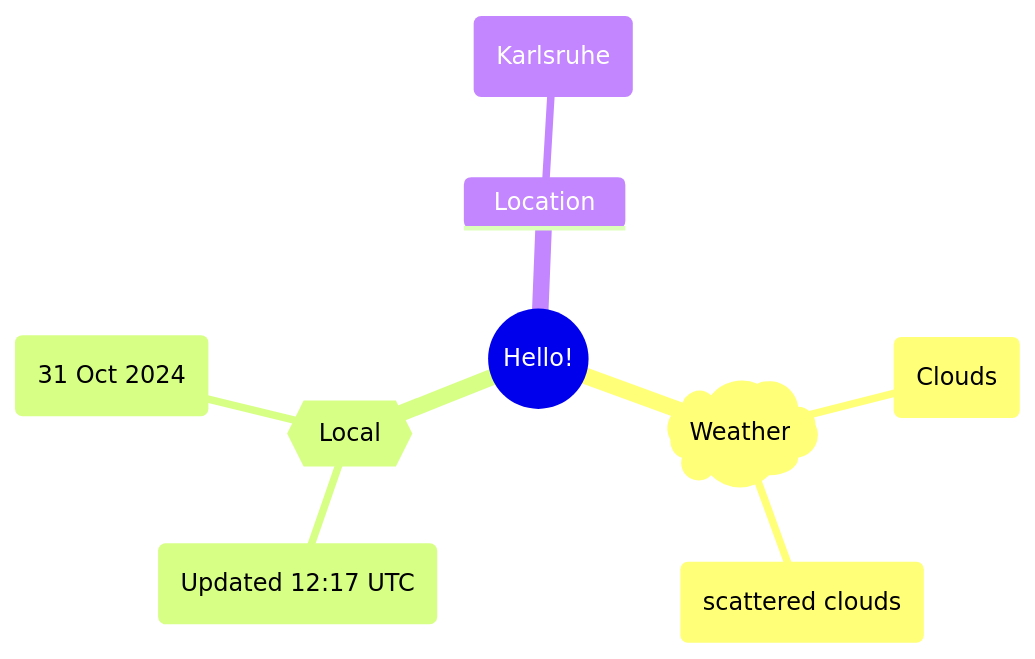
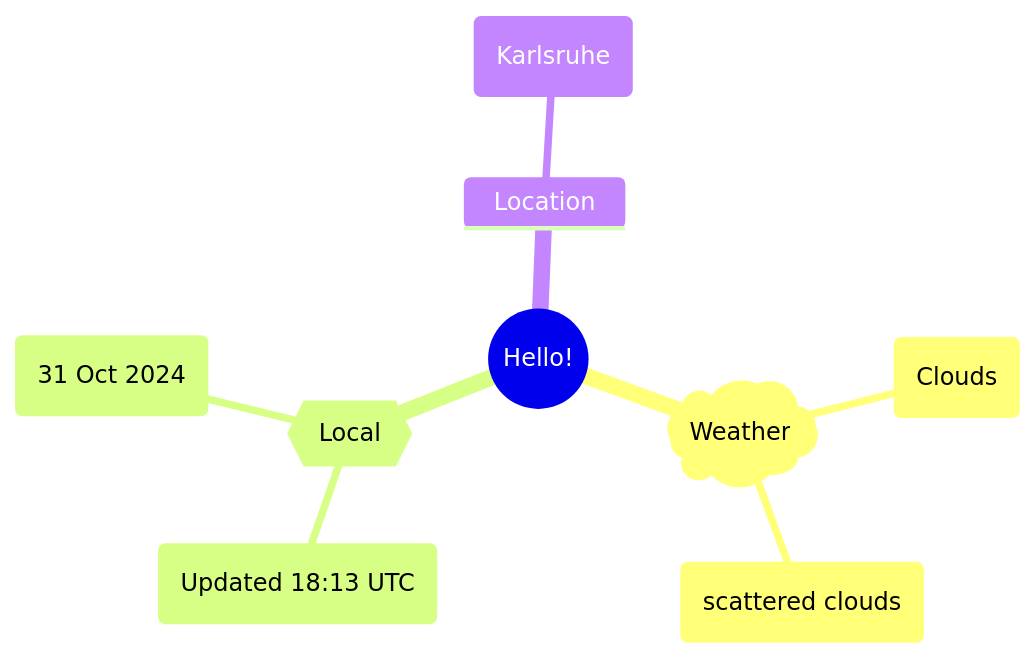
The first of 2 diagrams in README.md (Xosrov/Xosrov), drawn with Mermaid before and after one commit.

Commit message:
[bot] updated images

````diff
--- a/README.md
+++ b/README.md
@@ -3,12 +3,12 @@
 ```mermaid
 mindmap
   root((Hello!))
     )Weather(
         (Clouds)
         (scattered clouds)
     {{Local}}
-        (Updated 12:17 UTC)
+        (Updated 18:13 UTC)
         (31 Oct 2024)
     Location
         (Karlsruhe)
 ```
````
